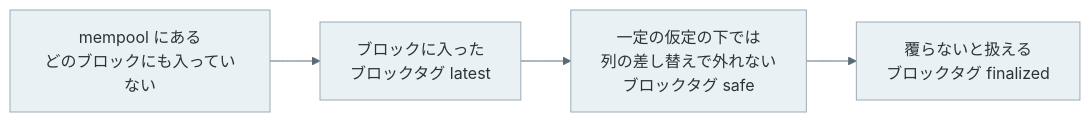
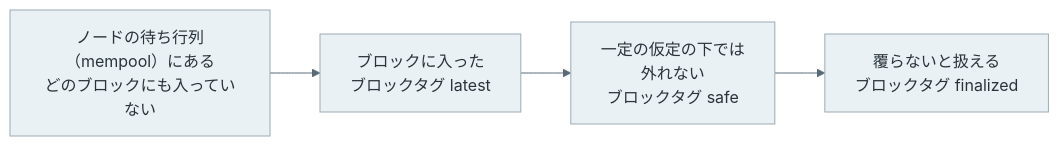
Before and after one commit to nao1215/debimate: the first of 8 diagrams in content/notes/blockchain-systems/finality/index.md, drawn with Mermaid. The commit also changed other lines of this file and 425 other files, not shown here.

````diff
--- a/content/notes/blockchain-systems/finality/index.md
+++ b/content/notes/blockchain-systems/finality/index.md
@@ -20,8 +20,8 @@
 ```mermaid
 %%{init: {"theme":"base","themeVariables":{"primaryColor":"#eaf1f5","primaryTextColor":"#28343b","primaryBorderColor":"#9cabb5","lineColor":"#596b76","textColor":"#28343b","actorBkg":"#eaf1f5","actorBorder":"#9cabb5","actorTextColor":"#28343b","actorLineColor":"#9cabb5","signalColor":"#596b76","signalTextColor":"#28343b","noteBkgColor":"#f7f1e5","noteBorderColor":"#c5b99b","noteTextColor":"#403c32","activationBkgColor":"#edf3ef","activationBorderColor":"#9aafa1"}}}%%
 flowchart LR
-    M["mempool にある<br/>どのブロックにも入っていない"] --> L["ブロックに入った<br/>ブロックタグ latest"]
-    L --> S["一定の仮定の下では<br/>列の差し替えで外れない<br/>ブロックタグ safe"]
+    M["ノードの待ち行列（mempool）にある<br/>どのブロックにも入っていない"] --> L["ブロックに入った<br/>ブロックタグ latest"]
+    L --> S["一定の仮定の下では<br/>外れない<br/>ブロックタグ safe"]
     S --> F["覆らないと扱える<br/>ブロックタグ finalized"]
     classDef default fill:#eaf1f5,stroke:#9cabb5,color:#28343b;
 ```
````
